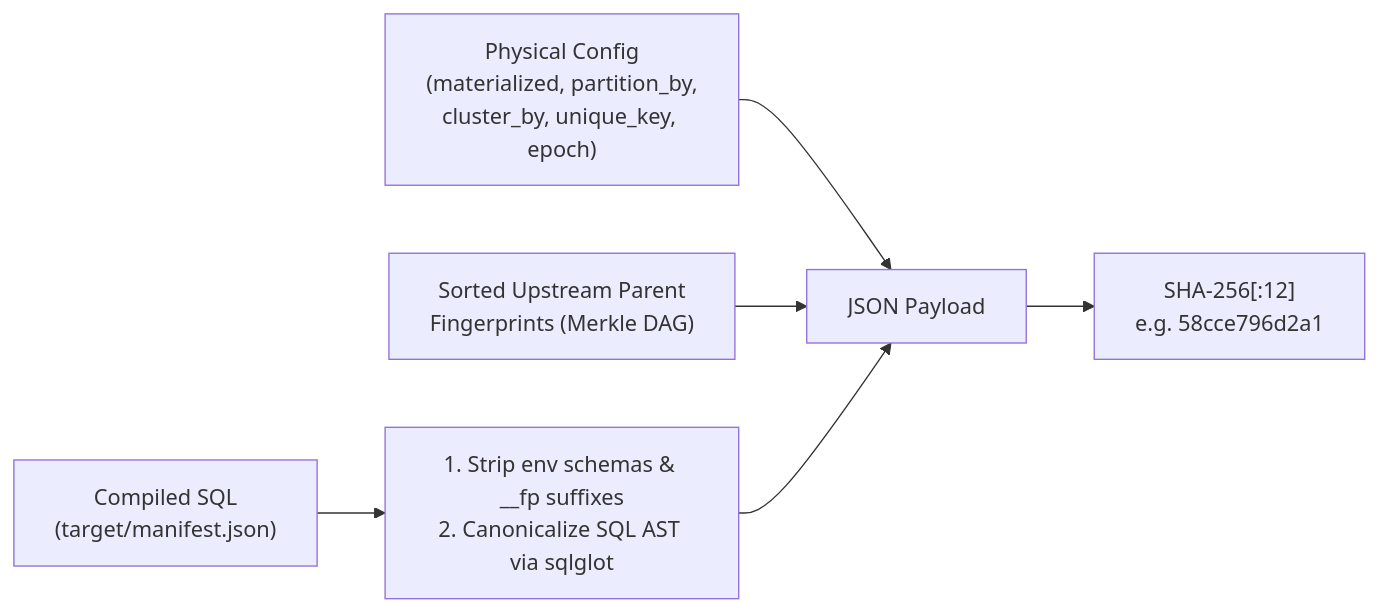
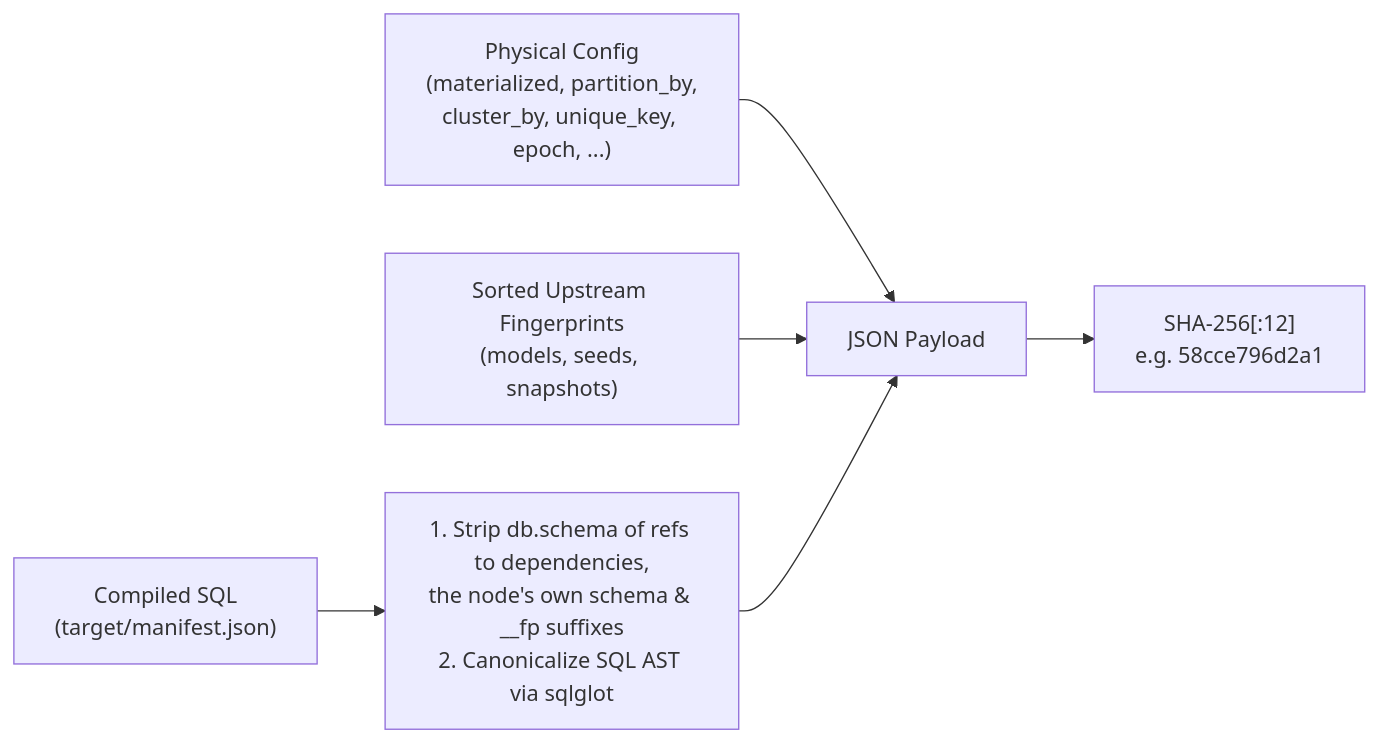
Before and after one commit to Flip-to/dbt-virtual: the diagram in docs/guides/how_it_works.md, drawn with Mermaid. The commit also changed other lines of this file and 10 other files, not shown here.

````diff
--- a/docs/guides/how_it_works.md
+++ b/docs/guides/how_it_works.md
@@ -42,8 +44,8 @@
 ```mermaid
 flowchart LR
-    SQL["Compiled SQL<br/>(target/manifest.json)"] --> NORM["1. Strip env schemas & __fp suffixes<br/>2. Canonicalize SQL AST via sqlglot"]
-    CFG["Physical Config<br/>(materialized, partition_by,<br/>cluster_by, unique_key, epoch)"] --> PAYLOAD["JSON Payload"]
-    PARENTS["Sorted Upstream Parent<br/>Fingerprints (Merkle DAG)"] --> PAYLOAD
+    SQL["Compiled SQL<br/>(target/manifest.json)"] --> NORM["1. Strip db.schema of refs to dependencies,<br/>the node's own schema & __fp suffixes<br/>2. Canonicalize SQL AST via sqlglot"]
+    CFG["Physical Config<br/>(materialized, partition_by,<br/>cluster_by, unique_key, epoch, ...)"] --> PAYLOAD["JSON Payload"]
+    PARENTS["Sorted Upstream Fingerprints<br/>(models, seeds, snapshots)"] --> PAYLOAD
     NORM --> PAYLOAD
     PAYLOAD --> SHA["SHA-256[:12]<br/>e.g. 58cce796d2a1"]
 ```
````
